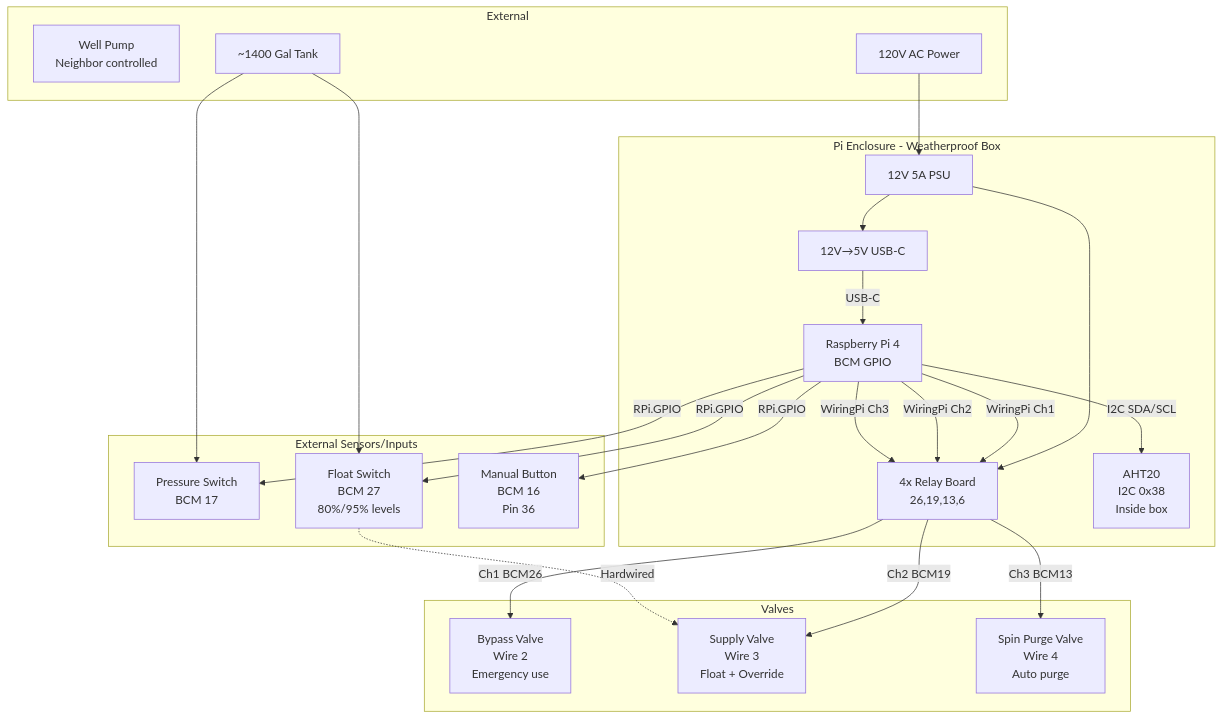
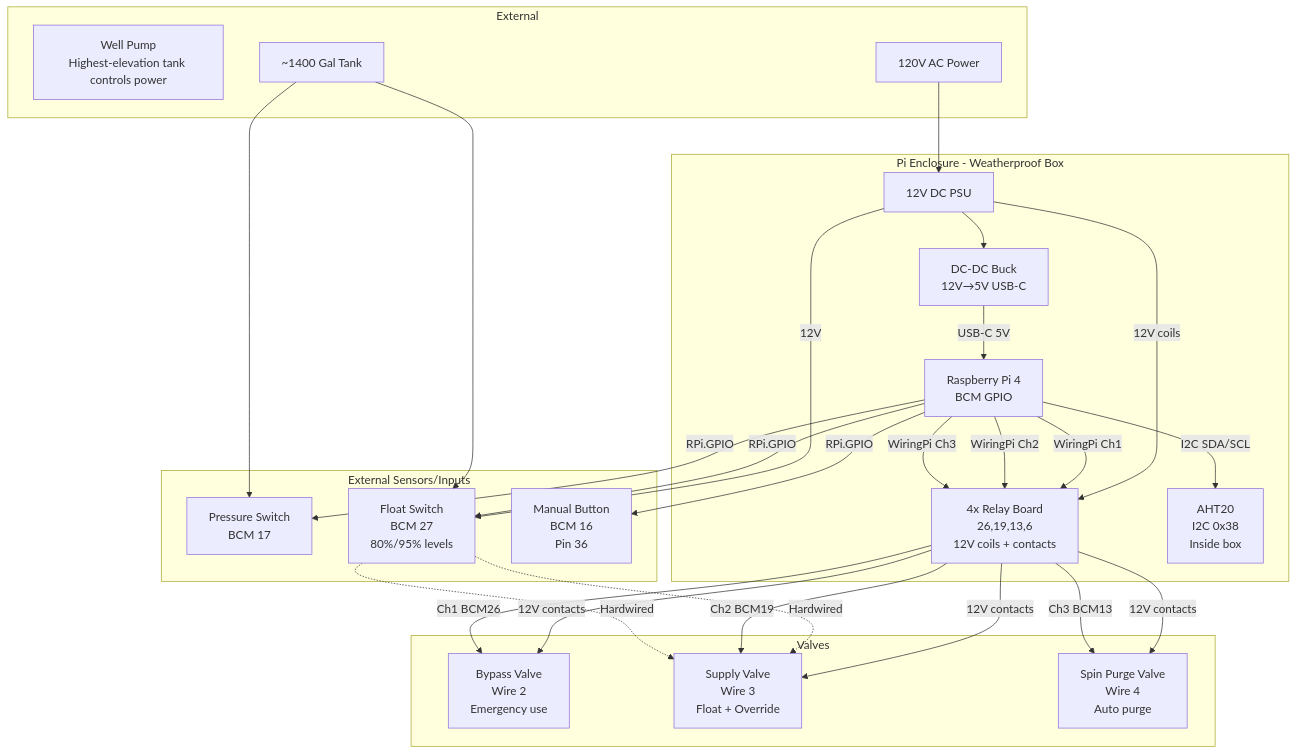
One commit to porttack/pumphouse changed the sixth of 6 diagrams in docs/hardware-reference.md. Above: the diagram before and after it, drawn with Mermaid. The commit also changed other lines of this file, not shown here.

Commit message:
hardware-reference: correct power system description
120V AC → 12V DC PSU feeds three loads:
- DC-DC buck converter → 5V USB-C → Pi
- Relay board coils (12V logic)
- Float switch 12V circuit → supply valve (normal operation)
Relay contacts (12V) power the electric valve actuators.
Override relay (BCM 19) wired in parallel with float contact.

Also update system diagram labels: remove "Neighbor controlled"
from well pump, show 12V paths to valves and float switch.

````diff
--- a/docs/hardware-reference.md
+++ b/docs/hardware-reference.md
@@ -394,46 +397,51 @@
 ```mermaid
 graph TB
     subgraph "External"
-        Well[Well Pump<br/>Neighbor controlled]
+        Well[Well Pump<br/>Highest-elevation tank controls power]
         Tank[~1400 Gal Tank]
         AC[120V AC Power]
     end
 
     subgraph "Pi Enclosure - Weatherproof Box"
         Pi[Raspberry Pi 4<br/>BCM GPIO]
-        PSU[12V 5A PSU]
-        Buck[12V→5V USB-C]
-        Relays[4x Relay Board<br/>26,19,13,6]
+        PSU[12V DC PSU]
+        Buck[DC-DC Buck<br/>12V→5V USB-C]
+        Relays[4x Relay Board<br/>26,19,13,6<br/>12V coils + contacts]
         TempSens[AHT20<br/>I2C 0x38<br/>Inside box]
     end
 
     subgraph "External Sensors/Inputs"
         Press[Pressure Switch<br/>BCM 17]
         Float[Float Switch<br/>BCM 27<br/>80%/95% levels]
         Button[Manual Button<br/>BCM 16<br/>Pin 36]
     end
 
     subgraph "Valves"
         Bypass[Bypass Valve<br/>Wire 2<br/>Emergency use]
         Supply[Supply Valve<br/>Wire 3<br/>Float + Override]
         Spindown[Spin Purge Valve<br/>Wire 4<br/>Auto purge]
     end
 
     AC --> PSU
     PSU --> Buck
-    PSU --> Relays
-    Buck -->|USB-C| Pi
+    PSU -->|12V coils| Relays
+    PSU -->|12V| Float
+    Relays -->|12V contacts| Bypass
+    Relays -->|12V contacts| Supply
+    Relays -->|12V contacts| Spindown
+    Float -.->|Hardwired| Supply
+    Buck -->|USB-C 5V| Pi
     Pi -->|I2C SDA/SCL| TempSens
     Pi -->|WiringPi Ch1| Relays
     Pi -->|WiringPi Ch2| Relays
     Pi -->|WiringPi Ch3| Relays
     Pi -->|RPi.GPIO| Press
     Pi -->|RPi.GPIO| Float
     Pi -->|RPi.GPIO| Button
     Tank --> Float
     Tank --> Press
     Relays -->|Ch1 BCM26| Bypass
     Relays -->|Ch2 BCM19| Supply
     Relays -->|Ch3 BCM13| Spindown
     Float -.->|Hardwired| Supply
 ```
````
